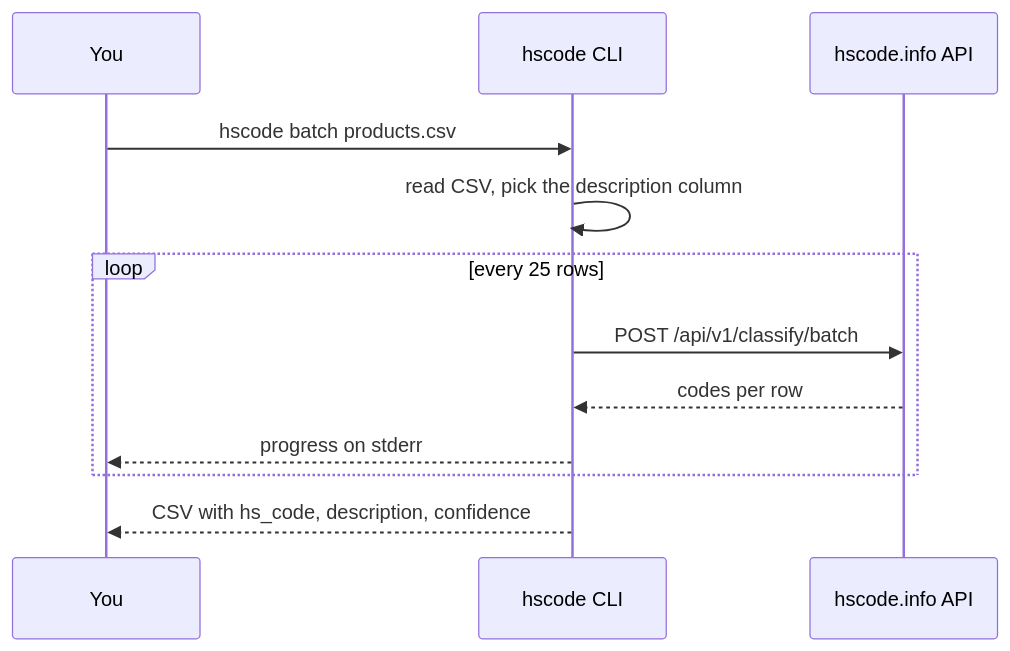
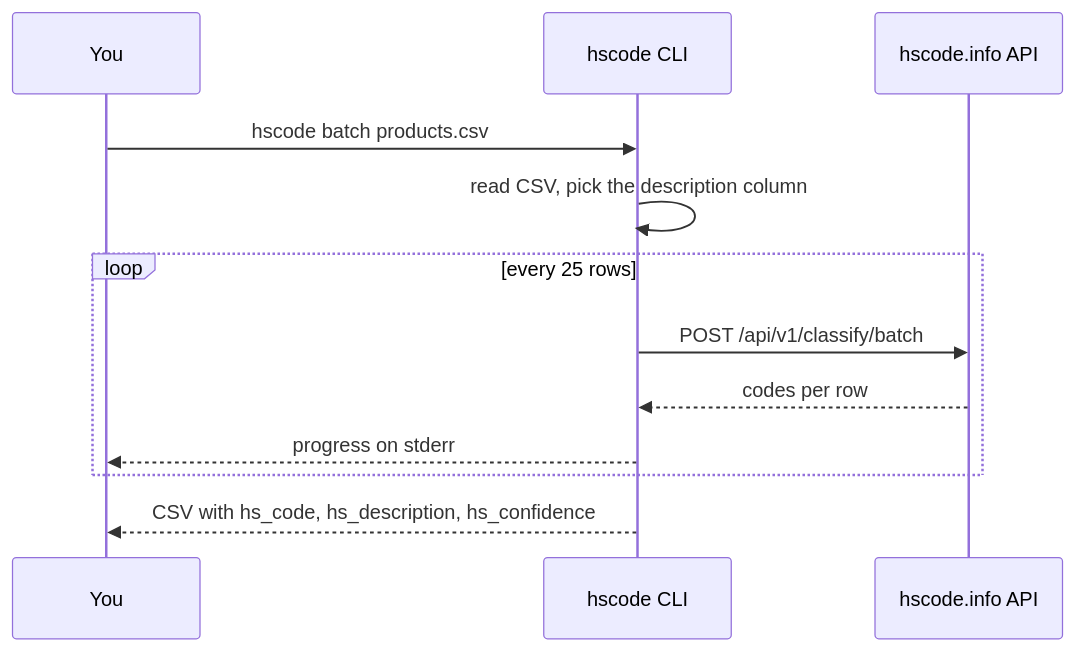
Before and after one commit to hscode-info/hscode: the second of 2 diagrams in README.md, drawn with Mermaid. The commit also changed 4 other files, not shown here.

````diff
--- a/README.md
+++ b/README.md
@@ -75,14 +75,14 @@
 ```mermaid
 sequenceDiagram
     participant U as You
     participant C as hscode CLI
     participant A as hscode.info API
     U->>C: hscode batch products.csv
     C->>C: read CSV, pick the description column
     loop every 25 rows
         C->>A: POST /api/v1/classify/batch
         A-->>C: codes per row
         C-->>U: progress on stderr
     end
-    C-->>U: CSV with hs_code, description, confidence
+    C-->>U: CSV with hs_code, hs_description, hs_confidence
 ```
````
